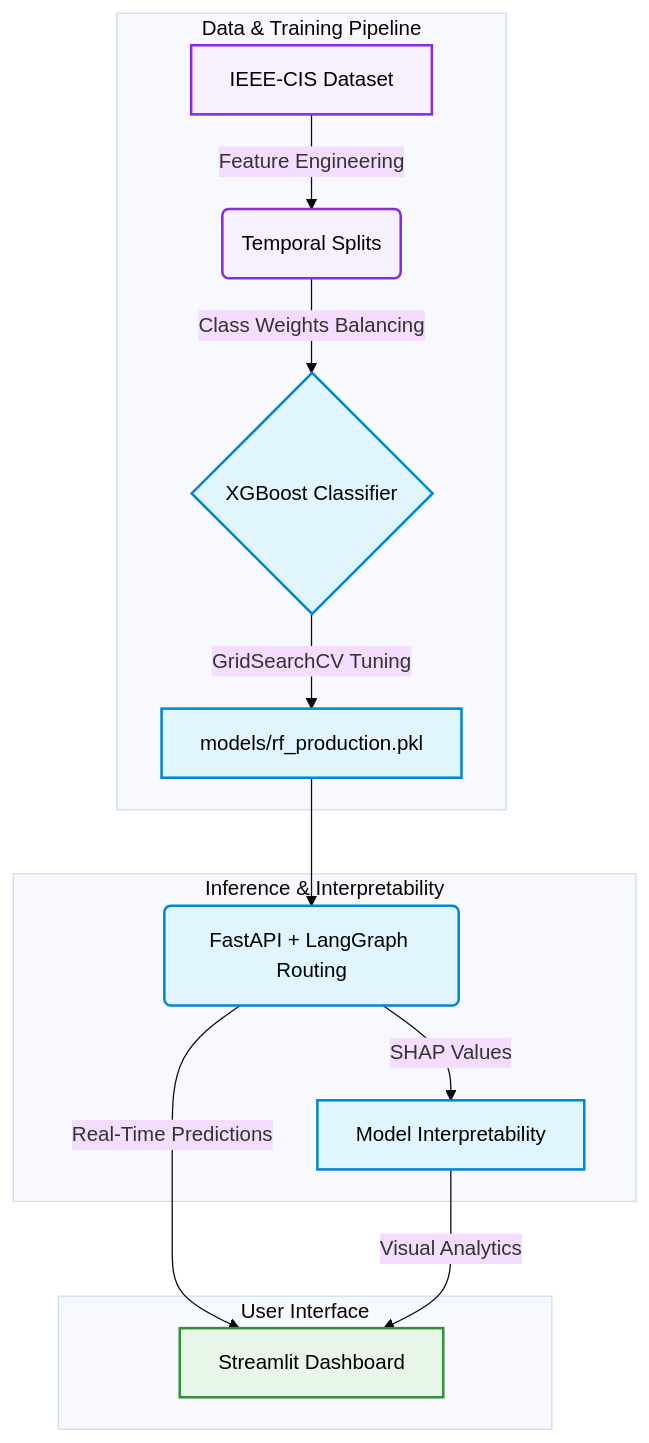
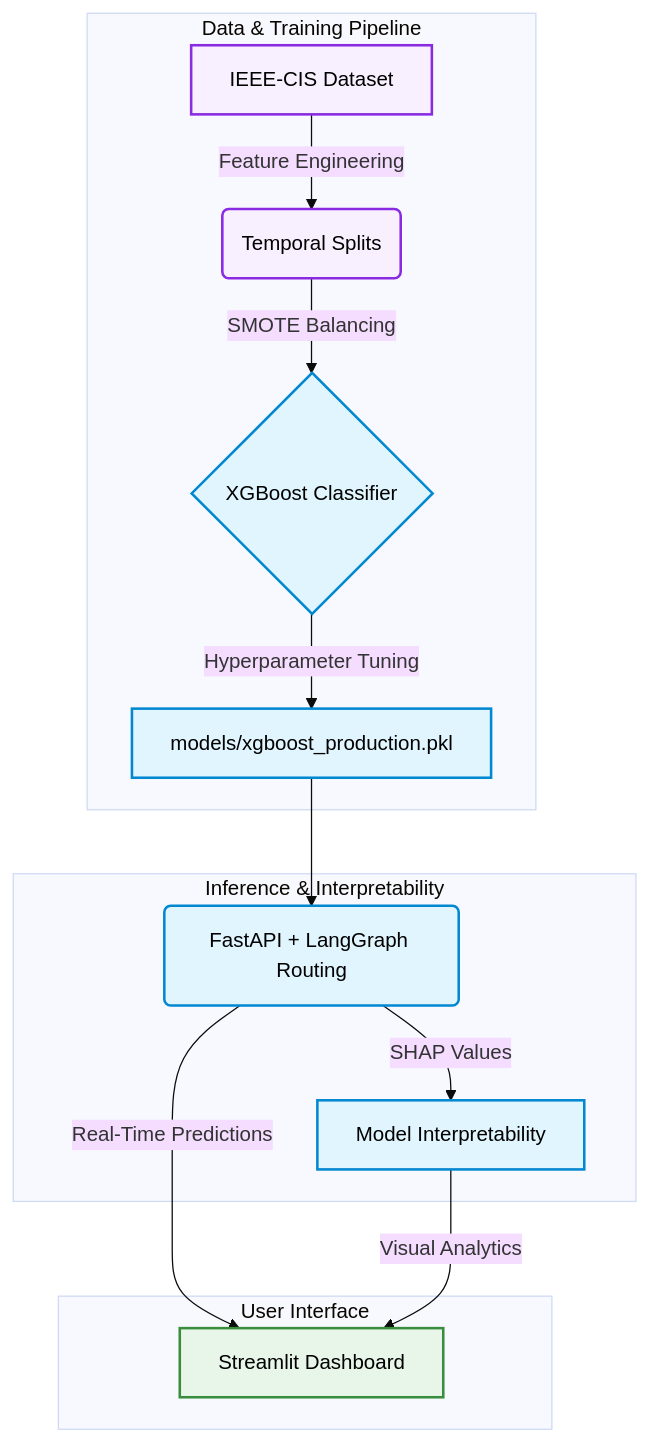
Before and after one commit to Shashank17singh/Agentic-Fraud-Sentinel: the diagram in README.md, drawn with Mermaid (base theme). The commit also changed other lines of this file and 1 other file, not shown here.

````diff
--- a/README.md
+++ b/README.md
@@ -25,26 +25,26 @@
 ```mermaid
 graph TD
     subgraph "Data & Training Pipeline"
     A[IEEE-CIS Dataset] -->|Feature Engineering| B(Temporal Splits)
-    B -->|Class Weights Balancing| C{XGBoost Classifier}
-    C -->|GridSearchCV Tuning| D[models/rf_production.pkl]
+    B -->|SMOTE Balancing| C{XGBoost Classifier}
+    C -->|Hyperparameter Tuning| D[models/xgboost_production.pkl]
     end
 
     subgraph "Inference & Interpretability"
     D --> E(FastAPI + LangGraph Routing)
     E -->|SHAP Values| F[Model Interpretability]
     end
 
     subgraph "User Interface"
     E -->|Real-Time Predictions| G[Streamlit Dashboard]
     F -->|Visual Analytics| G
     end
 
     classDef data fill:#f9f0ff,stroke:#8a2be2,stroke-width:2px,color:#000;
     classDef core fill:#e1f5fe,stroke:#0288d1,stroke-width:2px,color:#000;
     classDef ui fill:#e8f5e9,stroke:#388e3c,stroke-width:2px,color:#000;
 
     class A,B data;
     class C,D,E,F core;
     class G ui;
 ```
````
